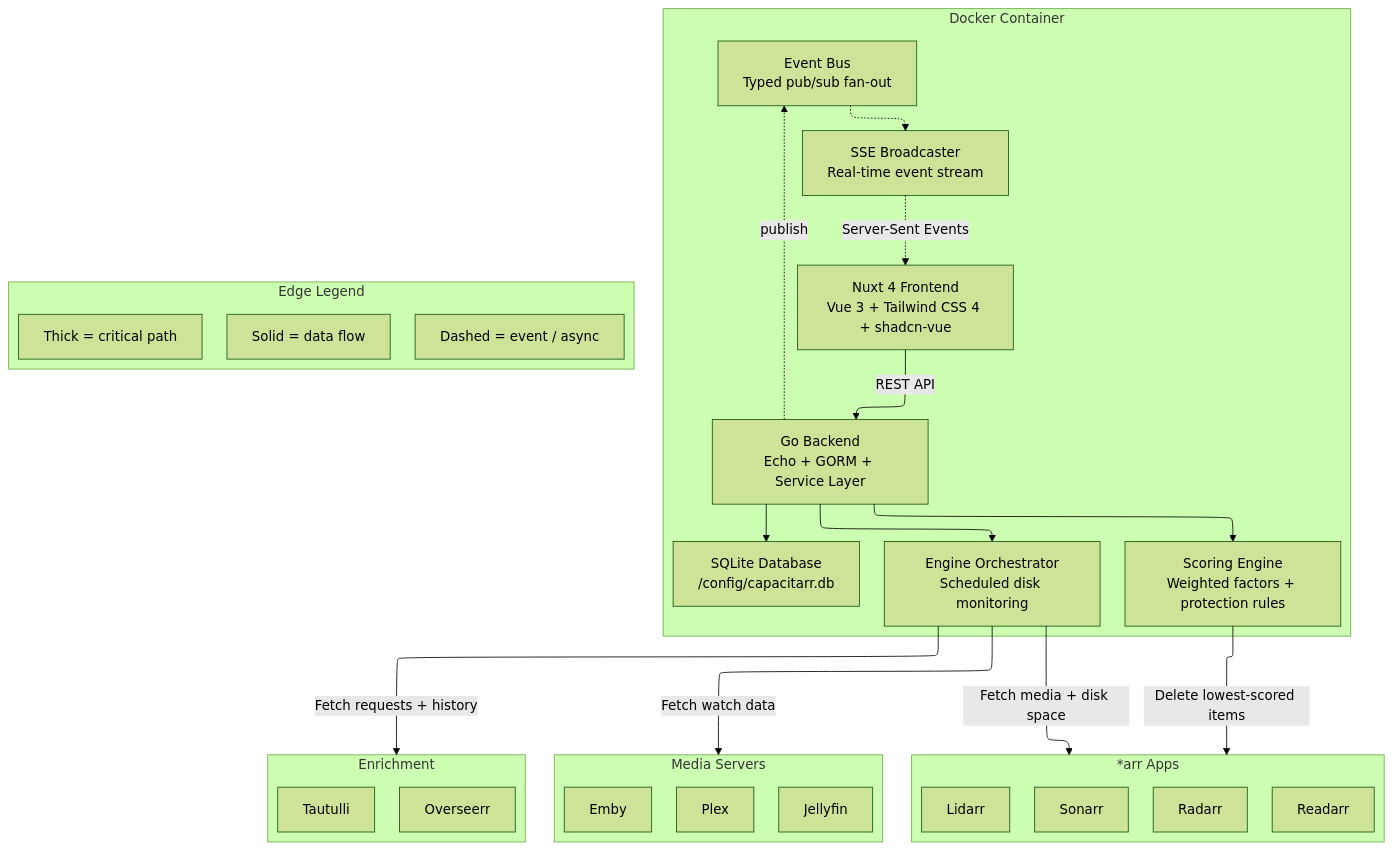
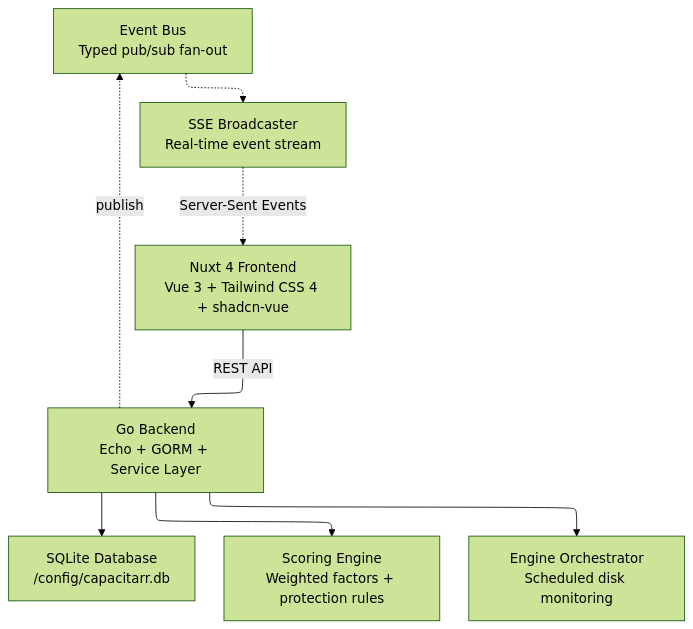
Before and after one commit to kiwi3007/capacitarr: the first of 5 diagrams in docs/architecture.md, drawn with Mermaid (forest theme). The commit also changed other lines of this file and 1 other file, not shown here.

First line of the commit message:
fix(docs): remove breakout layout, fix edge label pills, split large diagrams

````diff
--- a/docs/architecture.md
+++ b/docs/architecture.md
@@ -7,51 +11,19 @@
 ```mermaid
 %%{init: {"flowchart": {"defaultRenderer": "elk"}} }%%
 flowchart TD
-    subgraph CONTAINER["Docker Container"]
-        direction LR
-        FRONTEND["Nuxt 4 Frontend<br/>Vue 3 + Tailwind CSS 4 + shadcn-vue"]
-        BACKEND["Go Backend<br/>Echo + GORM + Service Layer"]
-        DB["SQLite Database<br/>/config/capacitarr.db"]
-        ENGINE["Scoring Engine<br/>Weighted factors + protection rules"]
-        POLLER["Engine Orchestrator<br/>Scheduled disk monitoring"]
-        EVENT_BUS["Event Bus<br/>Typed pub/sub fan-out"]
-        SSE["SSE Broadcaster<br/>Real-time event stream"]
+    FRONTEND["Nuxt 4 Frontend<br/>Vue 3 + Tailwind CSS 4 + shadcn-vue"]
+    BACKEND["Go Backend<br/>Echo + GORM + Service Layer"]
+    DB["SQLite Database<br/>/config/capacitarr.db"]
+    ENGINE["Scoring Engine<br/>Weighted factors + protection rules"]
+    POLLER["Engine Orchestrator<br/>Scheduled disk monitoring"]
+    EVENT_BUS["Event Bus<br/>Typed pub/sub fan-out"]
+    SSE["SSE Broadcaster<br/>Real-time event stream"]
 
-        FRONTEND -->|"REST API"| BACKEND
-        BACKEND --> DB
-        BACKEND --> ENGINE
-        BACKEND --> POLLER
-        BACKEND -.->|"publish"| EVENT_BUS
-        EVENT_BUS -.-> SSE
-        SSE -.->|"Server-Sent Events"| FRONTEND
-    end
-
-    subgraph ARR_APPS["*arr Apps"]
-        SONARR["Sonarr"]
-        RADARR["Radarr"]
-        LIDARR["Lidarr"]
-        READARR["Readarr"]
-    end
-
-    subgraph MEDIA_SERVERS["Media Servers"]
-        PLEX["Plex"]
-        JELLYFIN["Jellyfin"]
-        EMBY["Emby"]
-    end
-
-    subgraph ENRICHMENT["Enrichment"]
-        TAUTULLI["Tautulli"]
-        OVERSEERR["Overseerr"]
-    end
-
-    POLLER -->|"Fetch media + disk space"| ARR_APPS
-    POLLER -->|"Fetch watch data"| MEDIA_SERVERS
-    POLLER -->|"Fetch requests + history"| ENRICHMENT
-    ENGINE -->|"Delete lowest-scored items"| ARR_APPS
-
-    subgraph LEGEND["Edge Legend"]
-        L_SOLID["Solid = data flow"]
-        L_DASHED["Dashed = event / async"]
-        L_THICK["Thick = critical path"]
-    end
+    FRONTEND -->|"REST API"| BACKEND
+    BACKEND --> DB
+    BACKEND --> ENGINE
+    BACKEND --> POLLER
+    BACKEND -.->|"publish"| EVENT_BUS
+    EVENT_BUS -.-> SSE
+    SSE -.->|"Server-Sent Events"| FRONTEND
 ```
````
